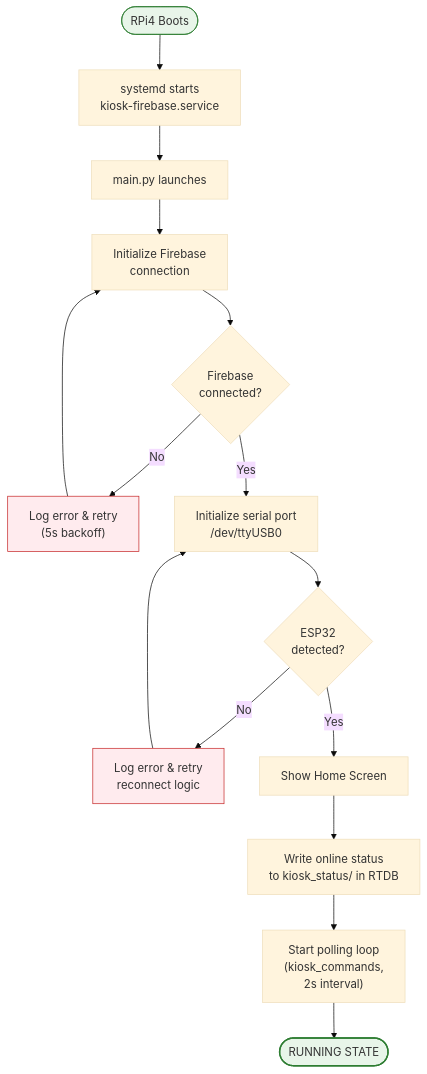
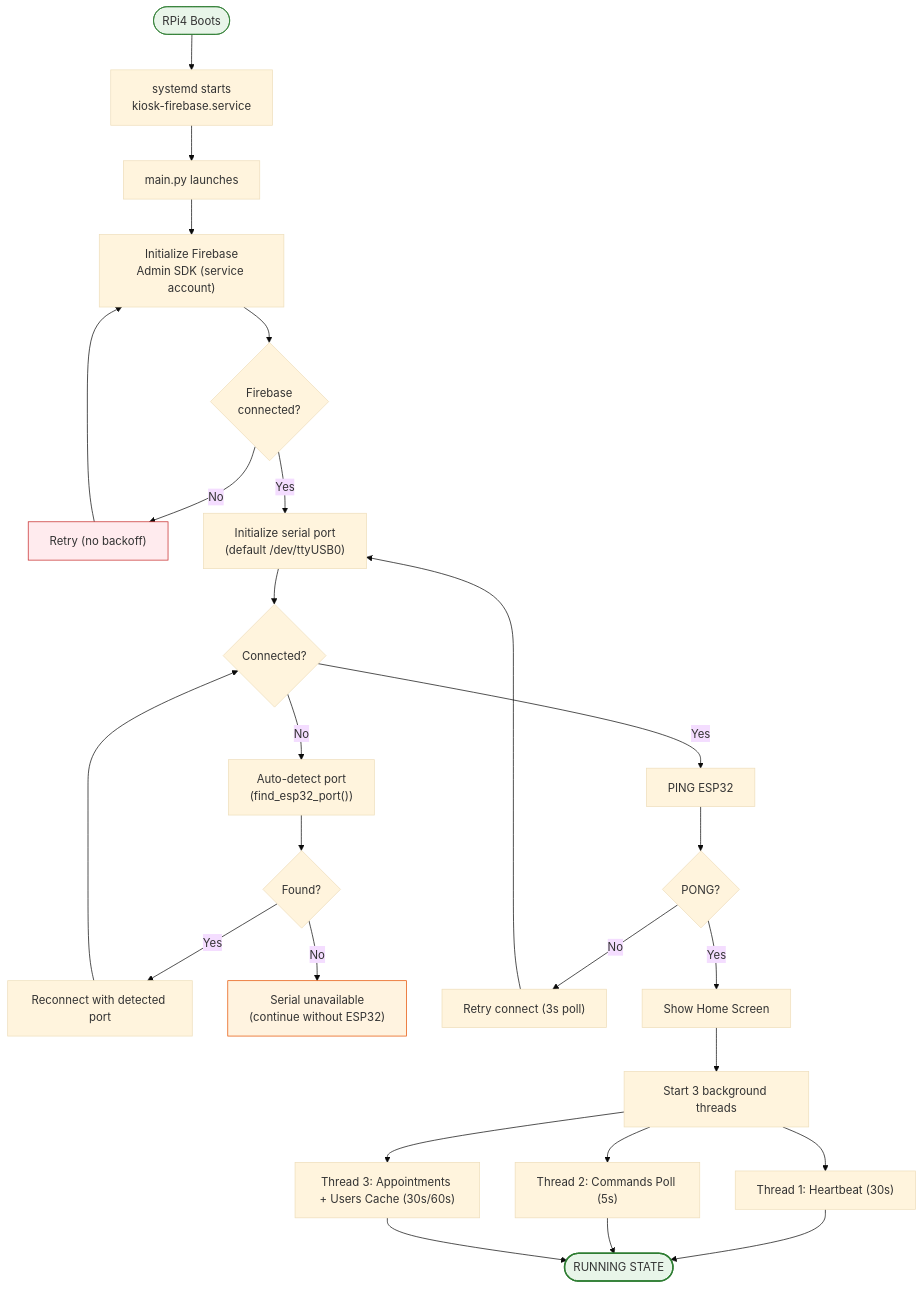
The eighth of 12 diagrams in docs/flow-diagrams.md (qppd/smart-appointment-scheduling-kiosk), drawn with Mermaid (base theme) before and after one commit. The commit also changed other lines of this file and 62 other files, not shown here.

````diff
--- a/docs/flow-diagrams.md
+++ b/docs/flow-diagrams.md
@@ -233,24 +290,42 @@
 ```mermaid
 flowchart TD
-    START(["RPi4 Boots"]) --> SYSTEMD["systemd starts\nkiosk-firebase.service"]
+    START(["RPi4 Boots"]) --> SYSTEMD["systemd starts
+kiosk-firebase.service"]
     SYSTEMD --> MAIN["main.py launches"]
-    MAIN --> INIT_FB["Initialize Firebase\nconnection"]
-    INIT_FB --> FB_OK{"Firebase\nconnected?"}
-    FB_OK -->|No| FB_RETRY["Log error & retry\n(5s backoff)"]
+    MAIN --> INIT_FB["Initialize Firebase
+Admin SDK (service account)"]
+    INIT_FB --> FB_OK{"Firebase
+connected?"}
+    FB_OK -->|No| FB_RETRY["Retry (no backoff)"]
     FB_RETRY --> INIT_FB
-    FB_OK -->|Yes| INIT_SER["Initialize serial port\n/dev/ttyUSB0"]
-    INIT_SER --> ESP_OK{"ESP32\ndetected?"}
-    ESP_OK -->|No| ESP_RETRY["Log error & retry\nreconnect logic"]
+    FB_OK -->|Yes| INIT_SER["Initialize serial port
+(default /dev/ttyUSB0)"]
+    INIT_SER --> SER_OK{"Connected?"}
+    SER_OK -->|No| AUTO_DETECT["Auto-detect port
+(find_esp32_port())"]
+    AUTO_DETECT --> DETECTED{"Found?"}
+    DETECTED -->|Yes| RETRY_CONN["Reconnect with detected port"]
+    RETRY_CONN --> SER_OK
+    DETECTED -->|No| SER_WARN["Serial unavailable
+(continue without ESP32)"]
+
+    SER_OK -->|Yes| PING["PING ESP32"]
+    PING --> ESP_OK{"PONG?"}
+    ESP_OK -->|No| ESP_RETRY["Retry connect (3s poll)"]
     ESP_RETRY --> INIT_SER
     ESP_OK -->|Yes| GUI["Show Home Screen"]
-    GUI --> KIOSK_OK["Write online status\nto kiosk_status/ in RTDB"]
-    KIOSK_OK --> POLL["Start polling loop\n(kiosk_commands,\n2s interval)"]
-    POLL --> RUNNING(["RUNNING STATE"])
 
-    FB_OK@{ shape: diamond }
-    ESP_OK@{ shape: diamond }
+    GUI --> START_THREADS["Start 3 background threads"]
+    START_THREADS --> HEARTBEAT["Thread 1: Heartbeat (30s)"]
+    START_THREADS --> COMMANDS["Thread 2: Commands Poll (5s)"]
+    START_THREADS --> APPOINTMENTS["Thread 3: Appointments + Users Cache (30s/60s)"]
+
+    HEARTBEAT --> RUNNING(["RUNNING STATE"])
+    COMMANDS --> RUNNING
+    APPOINTMENTS --> RUNNING
+
     style START fill:#e8f5e9,stroke:#2e7d32
     style RUNNING fill:#e8f5e9,stroke:#2e7d32,stroke-width:2px
     style FB_RETRY fill:#ffebee,stroke:#c62828
-    style ESP_RETRY fill:#ffebee,stroke:#c62828
+    style SER_WARN fill:#fff3e0,stroke:#e65100
 ```
````
